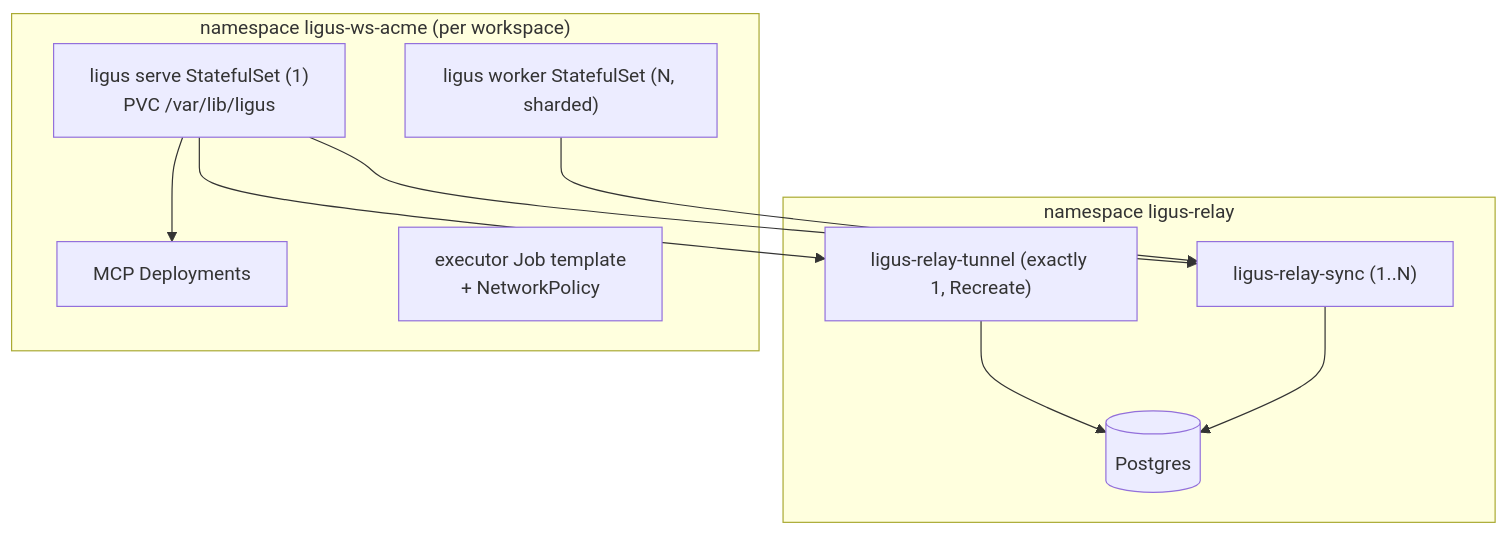
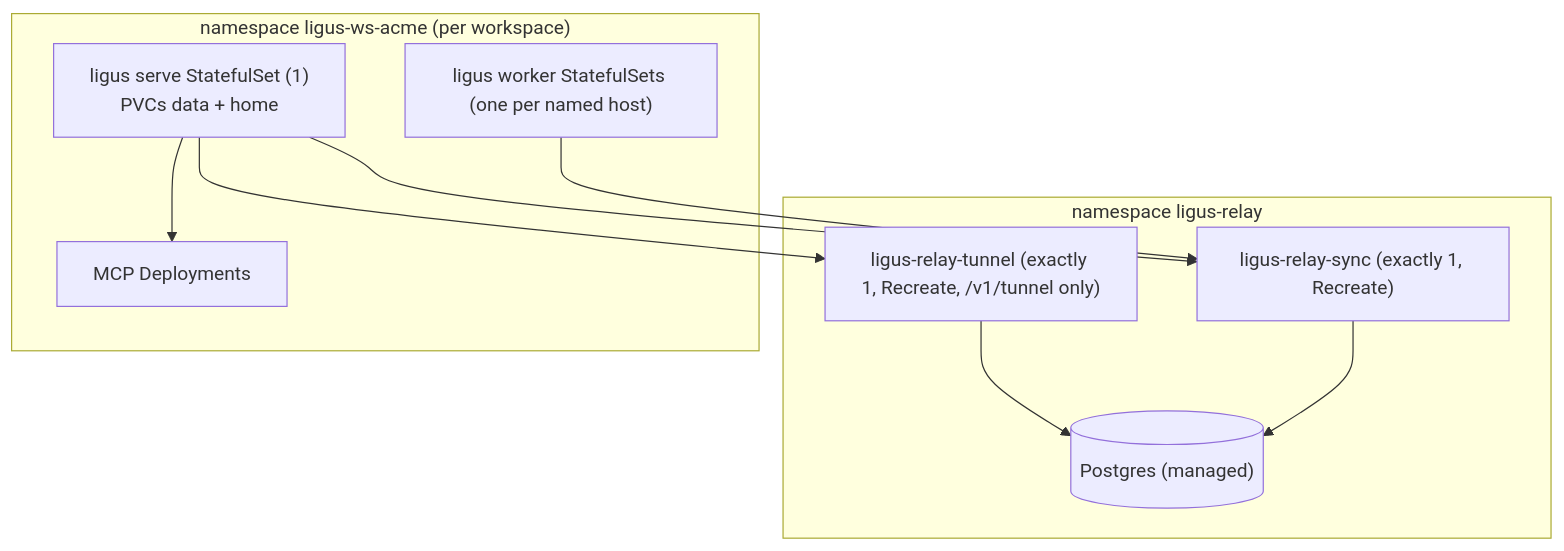
The diagram in docs-site/deploy/kubernetes.md (langstroth-ai/ligus), drawn with Mermaid before and after one commit. The commit also changed other lines of this file and 5 other files, not shown here.

````diff
--- a/docs-site/deploy/kubernetes.md
+++ b/docs-site/deploy/kubernetes.md
@@ -17,20 +17,19 @@
 ```mermaid
 flowchart TB
   subgraph RelayNS["namespace ligus-relay"]
-    Sync["ligus-relay-sync (1..N)"]
-    Tun["ligus-relay-tunnel (exactly 1, Recreate)"]
-    PG[("Postgres")]
+    Sync["ligus-relay-sync (exactly 1, Recreate)"]
+    Tun["ligus-relay-tunnel (exactly 1, Recreate, /v1/tunnel only)"]
+    PG[("Postgres (managed)")]
   end
   subgraph WS["namespace ligus-ws-acme (per workspace)"]
-    Serve["ligus serve StatefulSet (1)<br/>PVC /var/lib/ligus"]
-    Workers["ligus worker StatefulSet (N, sharded)"]
+    Serve["ligus serve StatefulSet (1)<br/>PVCs data + home"]
+    Workers["ligus worker StatefulSets (one per named host)"]
     MCP["MCP Deployments"]
-    Sandbox["executor Job template<br/>+ NetworkPolicy"]
   end
   Sync --> PG
   Tun --> PG
   Serve --> Sync
   Serve --> Tun
   Workers --> Sync
   Serve --> MCP
 ```
````
